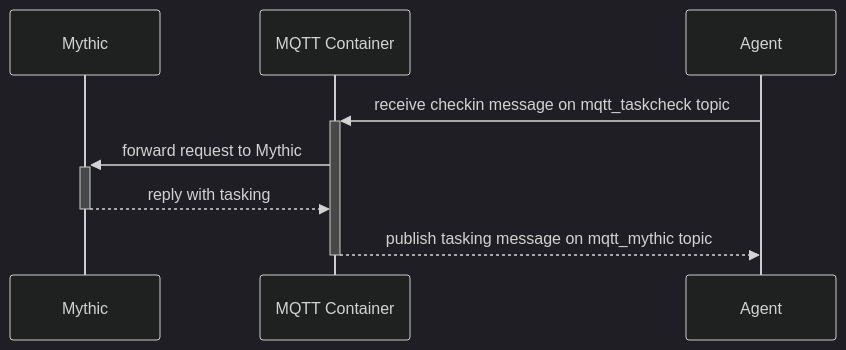
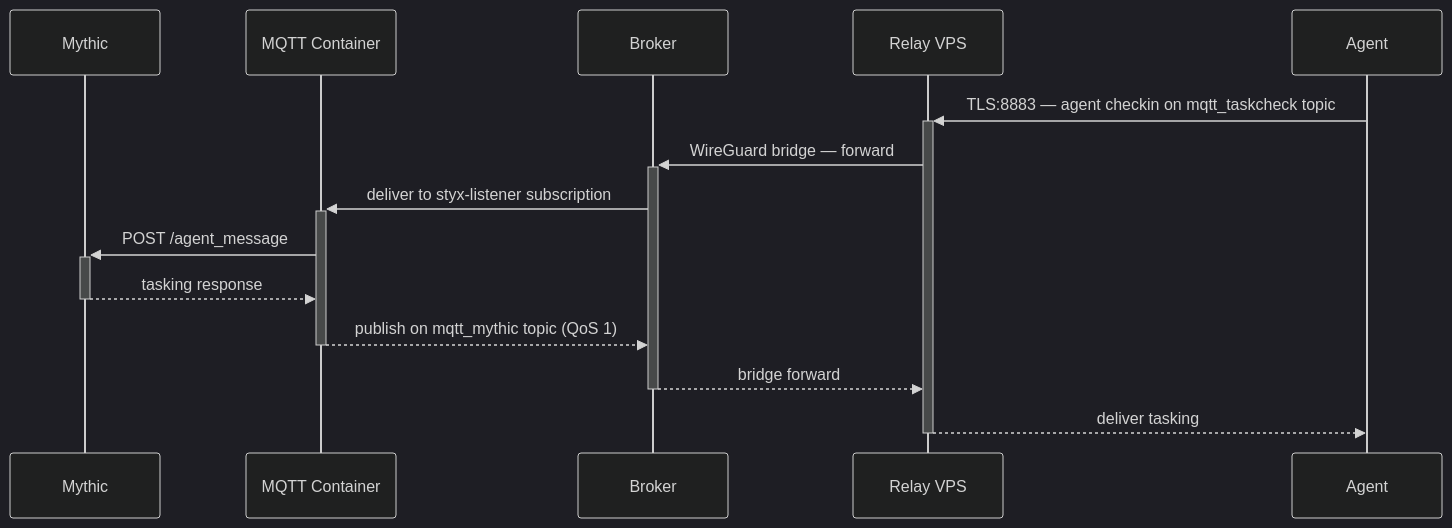
Before and after one commit to MythicC2Profiles/mqtt: the diagram in documentation-c2/_index.md, drawn with Mermaid (dark theme). The commit also changed other lines of this file and 4 other files, not shown here.

First line of the commit message:
Add styx relay support: failover brokers, TLS skip-verify, port fix

```diff
--- a/documentation-c2/_index.md
+++ b/documentation-c2/_index.md
@@ -13,10 +13,16 @@
 {{<mermaid>}}
 sequenceDiagram
     participant M as Mythic
     participant Q as MQTT Container
+    participant B as Broker
+    participant R as Relay VPS
     participant A as Agent
-    A ->>+ Q: receive checkin message on mqtt_taskcheck topic
-    Q ->>+ M: forward request to Mythic
-    M -->>- Q: reply with tasking
-    Q -->>- A: publish tasking message on mqtt_mythic topic
+    A ->>+ R: TLS:8883 — agent checkin on mqtt_taskcheck topic
+    R ->>+ B: WireGuard bridge — forward
+    B ->>+ Q: deliver to styx-listener subscription
+    Q ->>+ M: POST /agent_message
+    M -->>- Q: tasking response
+    Q -->>- B: publish on mqtt_mythic topic (QoS 1)
+    B -->>- R: bridge forward
+    R -->>- A: deliver tasking
 {{< /mermaid >}}
```
